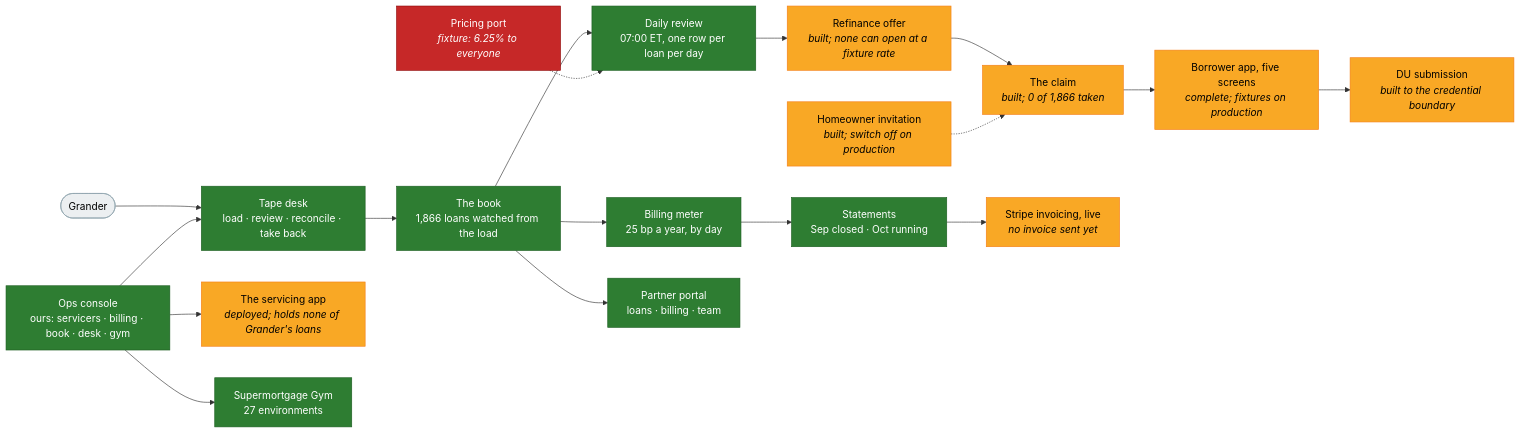
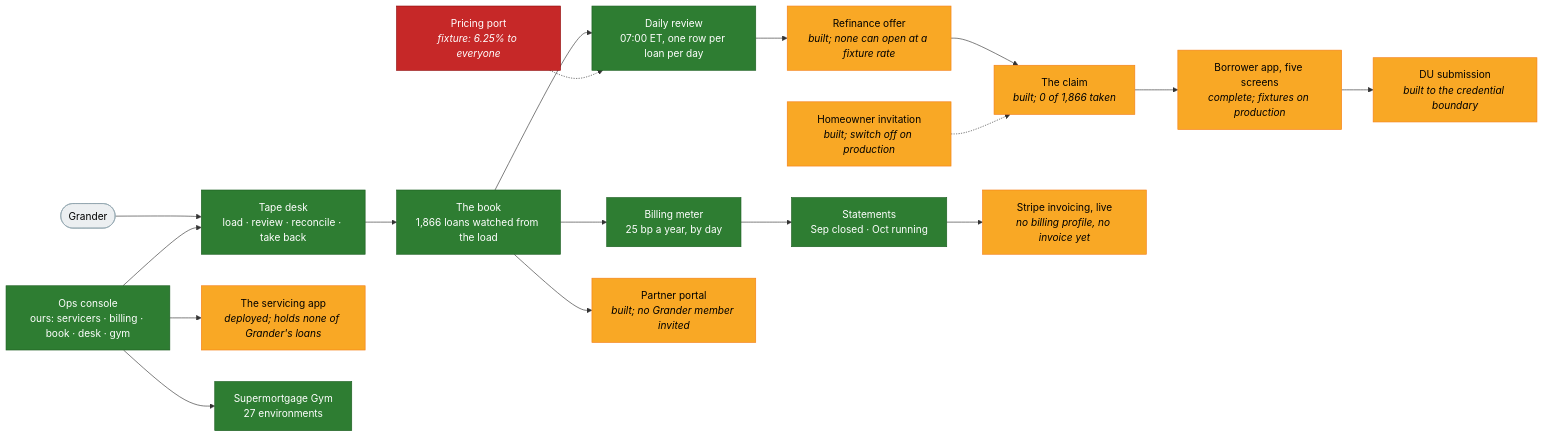
One commit to Walt-Home/Homestead-Mortgages changed the diagram in docs/product-suite.md. Above: the diagram before and after it, drawn with Mermaid. The commit also changed other lines of this file, not shown here.

First line of the commit message:
Product suite: the Grander rows read off production

````diff
--- a/docs/product-suite.md
+++ b/docs/product-suite.md
@@ -32,34 +33,34 @@
 ```mermaid
 flowchart LR
   classDef green fill:#2e7d32,stroke:#1b5e20,color:#fff
   classDef yellow fill:#f9a825,stroke:#f57f17,color:#000
   classDef red fill:#c62828,stroke:#8e0000,color:#fff
   classDef ext fill:#eceff1,stroke:#90a4ae,color:#000
 
   TAPE["Tape desk<br/>load · review · reconcile · take back"]:::green
   BOOK["The book<br/>1,866 loans watched from the load"]:::green
   REVIEW["Daily review<br/>07:00 ET, one row per loan per day"]:::green
   QUOTE["Pricing port<br/><i>fixture: 6.25% to everyone</i>"]:::red
   OFFER["Refinance offer<br/><i>built; none can open at a fixture rate</i>"]:::yellow
   INVITE["Homeowner invitation<br/><i>built; switch off on production</i>"]:::yellow
   CLAIM["The claim<br/><i>built; 0 of 1,866 taken</i>"]:::yellow
   APP["Borrower app, five screens<br/><i>complete; fixtures on production</i>"]:::yellow
   DU["DU submission<br/><i>built to the credential boundary</i>"]:::yellow
   METER["Billing meter<br/>25 bp a year, by day"]:::green
   STMT["Statements<br/>Sep closed · Oct running"]:::green
-  INV["Stripe invoicing, live<br/><i>no invoice sent yet</i>"]:::yellow
-  PORTAL["Partner portal<br/>loans · billing · team"]:::green
+  INV["Stripe invoicing, live<br/><i>no billing profile, no invoice yet</i>"]:::yellow
+  PORTAL["Partner portal<br/><i>built; no Grander member invited</i>"]:::yellow
   CONSOLE["Ops console<br/>ours: servicers · billing · book · desk · gym"]:::green
   SVC["The servicing app<br/><i>deployed; holds none of Grander's loans</i>"]:::yellow
   GYM["Supermortgage Gym<br/>27 environments"]:::green
   G(["Grander"]):::ext
 
   G --> TAPE --> BOOK --> REVIEW --> OFFER --> CLAIM --> APP --> DU
   QUOTE -.-> REVIEW
   INVITE -.-> CLAIM
   BOOK --> METER --> STMT --> INV
   BOOK --> PORTAL
   CONSOLE --> TAPE
   CONSOLE --> SVC
   CONSOLE --> GYM
 ```
````
